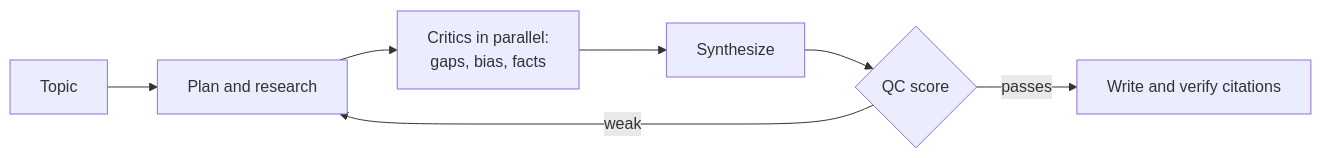
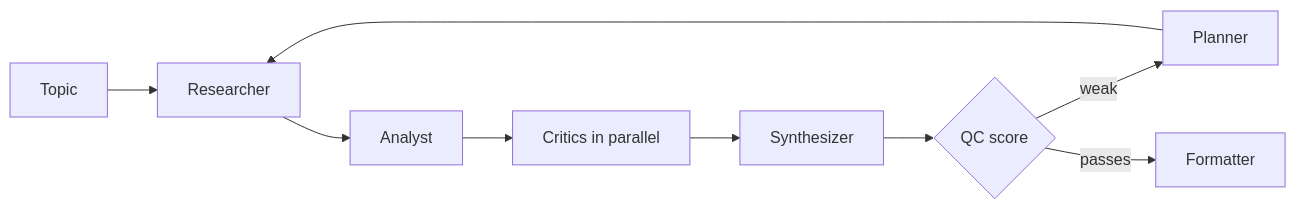
Before and after one commit to HarshShroff/HarshShroff: the diagram in README.md, drawn with Mermaid. The commit also changed other lines of this file, not shown here.

Commit message:
README: match MARS diagram to graph.py

````diff
--- a/README.md
+++ b/README.md
@@ -20,9 +20,11 @@
 ```mermaid
 flowchart LR
-    T[Topic] --> P[Plan and research]
-    P --> C[Critics in parallel:<br/>gaps, bias, facts]
-    C --> S[Synthesize]
+    T[Topic] --> R[Researcher]
+    R --> A[Analyst]
+    A --> C[Critics in parallel]
+    C --> S[Synthesizer]
     S --> Q{QC score}
-    Q -- weak --> P
-    Q -- passes --> W[Write and verify citations]
+    Q -- weak --> P[Planner]
+    P --> R
+    Q -- passes --> F[Formatter]
 ```
````
